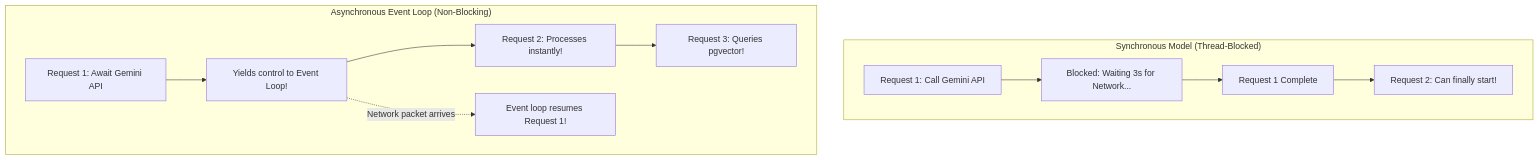
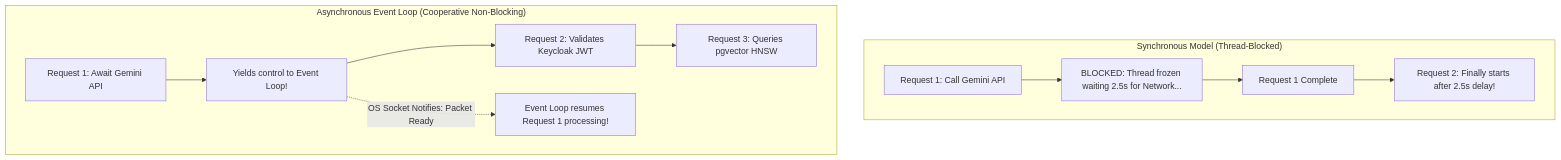
Before and after one commit to primecoderIN/learning-docs: the first of 11 diagrams in Python_FastAPI_AI_Architect/10_Module_10_Asynchronous_Python_and_Asyncio.md, drawn with Mermaid. The commit also changed other lines of this file and 21 other files, not shown here.

````diff
--- a/Python_FastAPI_AI_Architect/10_Module_10_Asynchronous_Python_and_Asyncio.md
+++ b/Python_FastAPI_AI_Architect/10_Module_10_Asynchronous_Python_and_Asyncio.md
@@ -20,15 +31,15 @@
 ```mermaid
 flowchart TD
     subgraph Synchronous["Synchronous Model (Thread-Blocked)"]
-        Req1["Request 1: Call Gemini API"] --> Wait1["Blocked: Waiting 3s for Network..."]
+        Req1["Request 1: Call Gemini API"] --> Wait1["BLOCKED: Thread frozen waiting 2.5s for Network..."]
         Wait1 --> Finish1["Request 1 Complete"]
-        Finish1 --> Req2["Request 2: Can finally start!"]
+        Finish1 --> Req2["Request 2: Finally starts after 2.5s delay!"]
     end
 
-    subgraph Asynchronous["Asynchronous Event Loop (Non-Blocking)"]
+    subgraph Asynchronous["Asynchronous Event Loop (Cooperative Non-Blocking)"]
         AReq1["Request 1: Await Gemini API"] --> Yield1["Yields control to Event Loop!"]
-        Yield1 --> AReq2["Request 2: Processes instantly!"]
-        AReq2 --> AReq3["Request 3: Queries pgvector!"]
-        Yield1 -.->|Network packet arrives| Resume1["Event loop resumes Request 1!"]
+        Yield1 --> AReq2["Request 2: Validates Keycloak JWT"]
+        AReq2 --> AReq3["Request 3: Queries pgvector HNSW"]
+        Yield1 -.->|OS Socket Notifies: Packet Ready| Resume1["Event Loop resumes Request 1 processing!"]
     end
 ```
````
